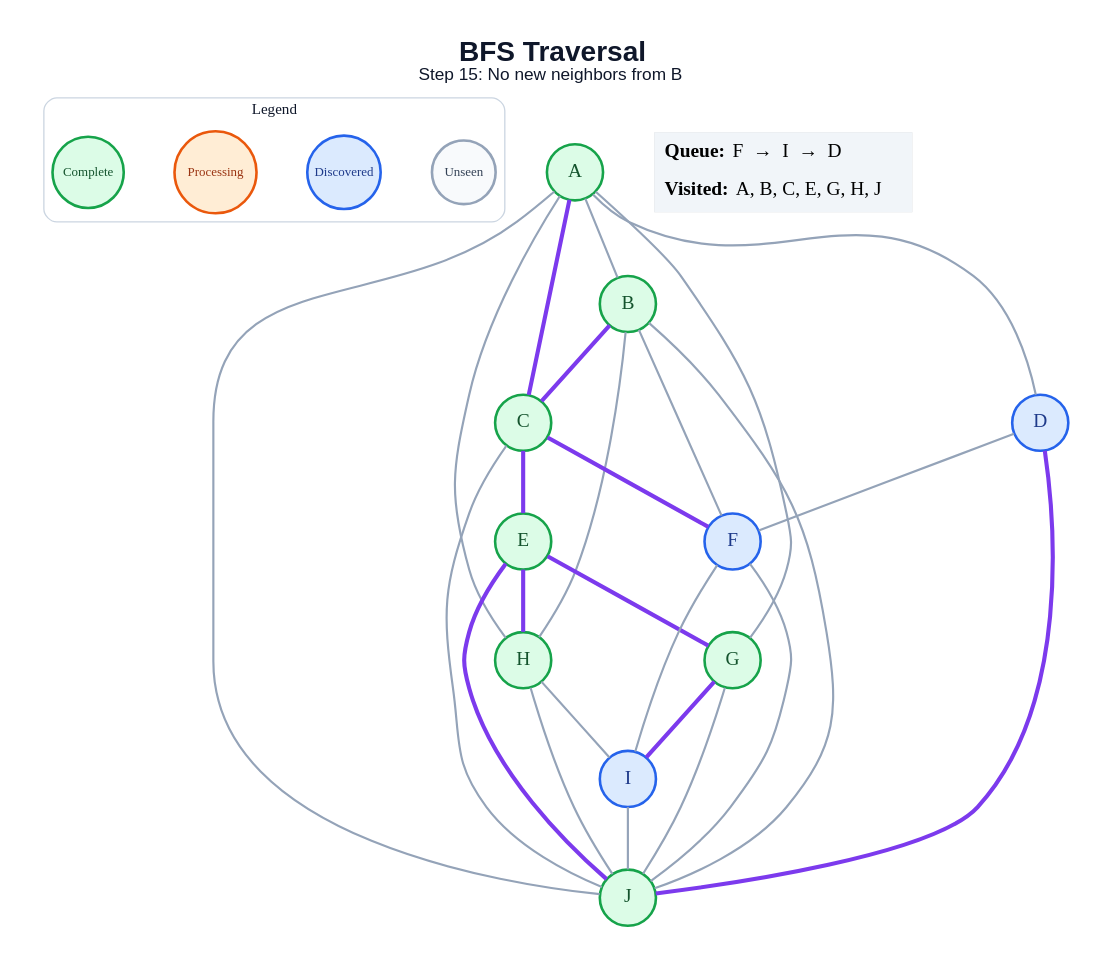
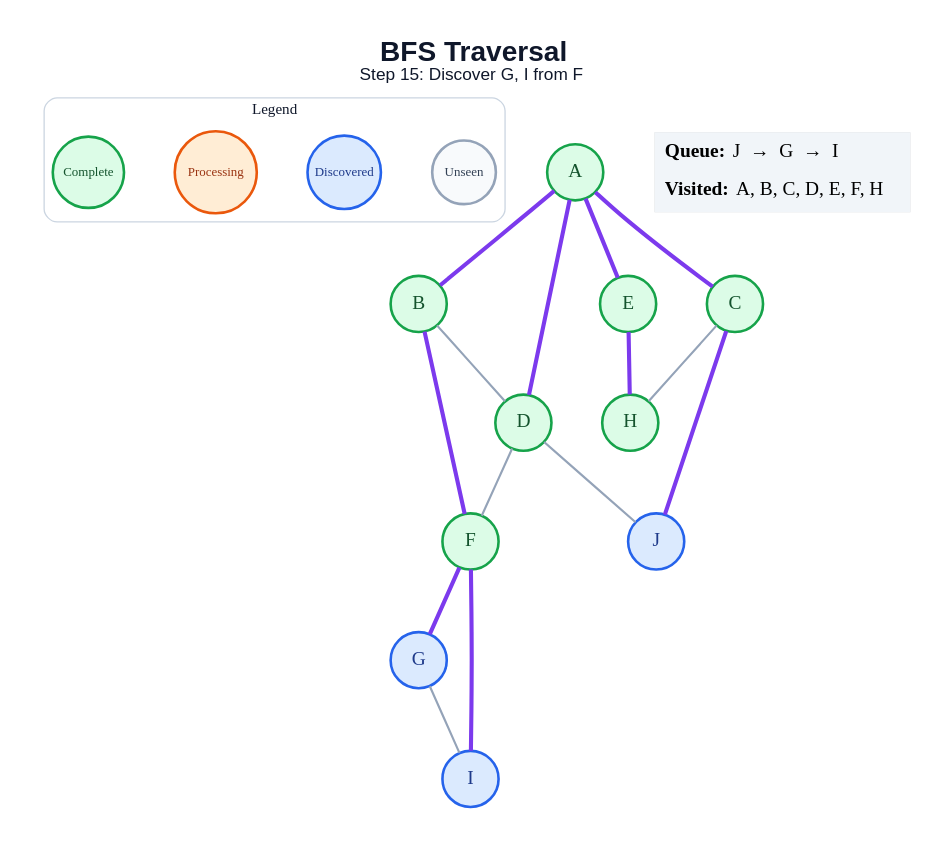
The diagram in generated/specific-node/bfs/step_15.dot (anon7238593-create/ai-slop), drawn with Graphviz before and after one commit. The commit also changed 178 other files, not shown here.

```diff
--- a/generated/specific-node/bfs/step_15.dot
+++ b/generated/specific-node/bfs/step_15.dot
@@ -1,54 +1,43 @@
 graph traversal {
   graph [layout=dot, rankdir=TB, bgcolor="#FFFFFF", pad="0.35", nodesep="0.65", ranksep="0.8", fontname="Arial"];
   node [shape=circle, style="filled", fontname="Arial Bold", fontsize=18, width=0.72, fixedsize=true, penwidth=2.4];
   edge [color="#94A3B8", penwidth=2.0];
-  label=<<B>BFS Traversal</B><BR/><FONT POINT-SIZE="16">Step 15: No new neighbors from B</FONT>>; labelloc="t"; fontsize=26; fontname="Arial"; fontcolor="#0F172A";
+  label=<<B>BFS Traversal</B><BR/><FONT POINT-SIZE="16">Step 15: Discover G, I from F</FONT>>; labelloc="t"; fontsize=26; fontname="Arial"; fontcolor="#0F172A";
   subgraph cluster_legend { label="Legend"; color="#CBD5E1"; penwidth=1.2; style="rounded"; fontsize=14; fontname="Arial Bold";
     key_unseen [label="Unseen", fillcolor="#F8FAFC", color="#94A3B8", fontcolor="#334155", fontsize=12, width=0.82];
     key_frontier [label="Discovered", fillcolor="#DBEAFE", color="#2563EB", fontcolor="#1E3A8A", fontsize=12, width=0.95];
     key_current [label="Processing", fillcolor="#FFEDD5", color="#EA580C", fontcolor="#9A3412", fontsize=12, width=1.05];
     key_done [label="Complete", fillcolor="#DCFCE7", color="#16A34A", fontcolor="#14532D", fontsize=12, width=0.92];
     { rank=same; key_unseen; key_frontier; key_current; key_done; }
   }
   A [fillcolor="#DCFCE7", color="#16A34A", fontcolor="#14532D"];
   B [fillcolor="#DCFCE7", color="#16A34A", fontcolor="#14532D"];
   C [fillcolor="#DCFCE7", color="#16A34A", fontcolor="#14532D"];
-  D [fillcolor="#DBEAFE", color="#2563EB", fontcolor="#1E3A8A"];
+  D [fillcolor="#DCFCE7", color="#16A34A", fontcolor="#14532D"];
   E [fillcolor="#DCFCE7", color="#16A34A", fontcolor="#14532D"];
-  F [fillcolor="#DBEAFE", color="#2563EB", fontcolor="#1E3A8A"];
-  G [fillcolor="#DCFCE7", color="#16A34A", fontcolor="#14532D"];
+  F [fillcolor="#DCFCE7", color="#16A34A", fontcolor="#14532D"];
+  G [fillcolor="#DBEAFE", color="#2563EB", fontcolor="#1E3A8A"];
   H [fillcolor="#DCFCE7", color="#16A34A", fontcolor="#14532D"];
   I [fillcolor="#DBEAFE", color="#2563EB", fontcolor="#1E3A8A"];
-  J [fillcolor="#DCFCE7", color="#16A34A", fontcolor="#14532D"];
-  A -- B;
+  J [fillcolor="#DBEAFE", color="#2563EB", fontcolor="#1E3A8A"];
+  A -- B [color="#7C3AED", penwidth=3.8];
   A -- C [color="#7C3AED", penwidth=3.8];
-  A -- D;
-  A -- G;
-  A -- H;
-  A -- J;
-  B -- C [color="#7C3AED", penwidth=3.8];
-  B -- F;
-  B -- H;
-  B -- J;
-  C -- E [color="#7C3AED", penwidth=3.8];
-  C -- F [color="#7C3AED", penwidth=3.8];
-  C -- J;
+  A -- D [color="#7C3AED", penwidth=3.8];
+  A -- E [color="#7C3AED", penwidth=3.8];
+  B -- D;
+  B -- F [color="#7C3AED", penwidth=3.8];
+  C -- H;
+  C -- J [color="#7C3AED", penwidth=3.8];
   D -- F;
-  D -- J [color="#7C3AED", penwidth=3.8];
-  E -- G [color="#7C3AED", penwidth=3.8];
+  D -- J;
   E -- H [color="#7C3AED", penwidth=3.8];
-  E -- J [color="#7C3AED", penwidth=3.8];
-  F -- I;
-  F -- J;
-  G -- I [color="#7C3AED", penwidth=3.8];
-  G -- J;
-  H -- I;
-  H -- J;
-  I -- J;
+  F -- G [color="#7C3AED", penwidth=3.8];
+  F -- I [color="#7C3AED", penwidth=3.8];
+  G -- I;
   status [shape=plain, fixedsize=false, width=0, height=0, margin=0, label=<
     <TABLE BORDER="0" CELLBORDER="0" CELLPADDING="7" BGCOLOR="#F1F5F9">
-      <TR><TD ALIGN="LEFT"><B>Queue:</B> F  →  I  →  D</TD></TR>
-      <TR><TD ALIGN="LEFT"><B>Visited:</B> A, B, C, E, G, H, J</TD></TR>
+      <TR><TD ALIGN="LEFT"><B>Queue:</B> J  →  G  →  I</TD></TR>
+      <TR><TD ALIGN="LEFT"><B>Visited:</B> A, B, C, D, E, F, H</TD></TR>
     </TABLE>
   >];
 }
```
